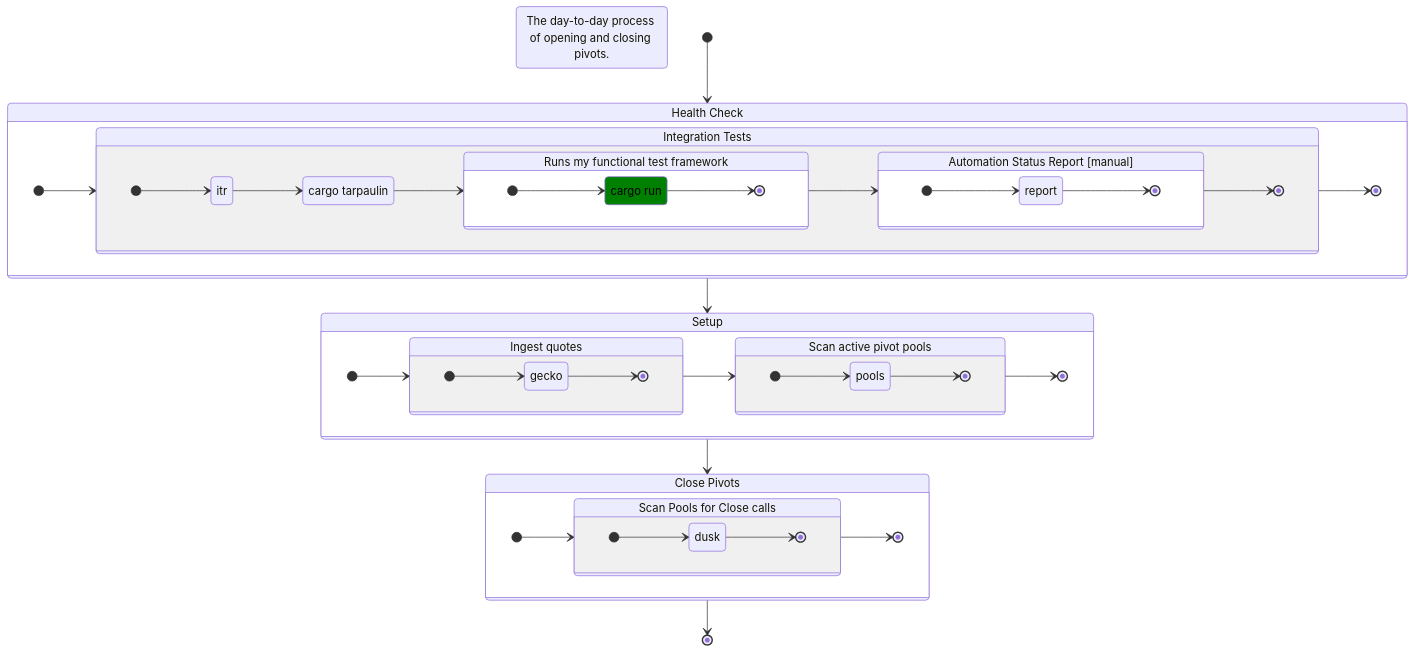
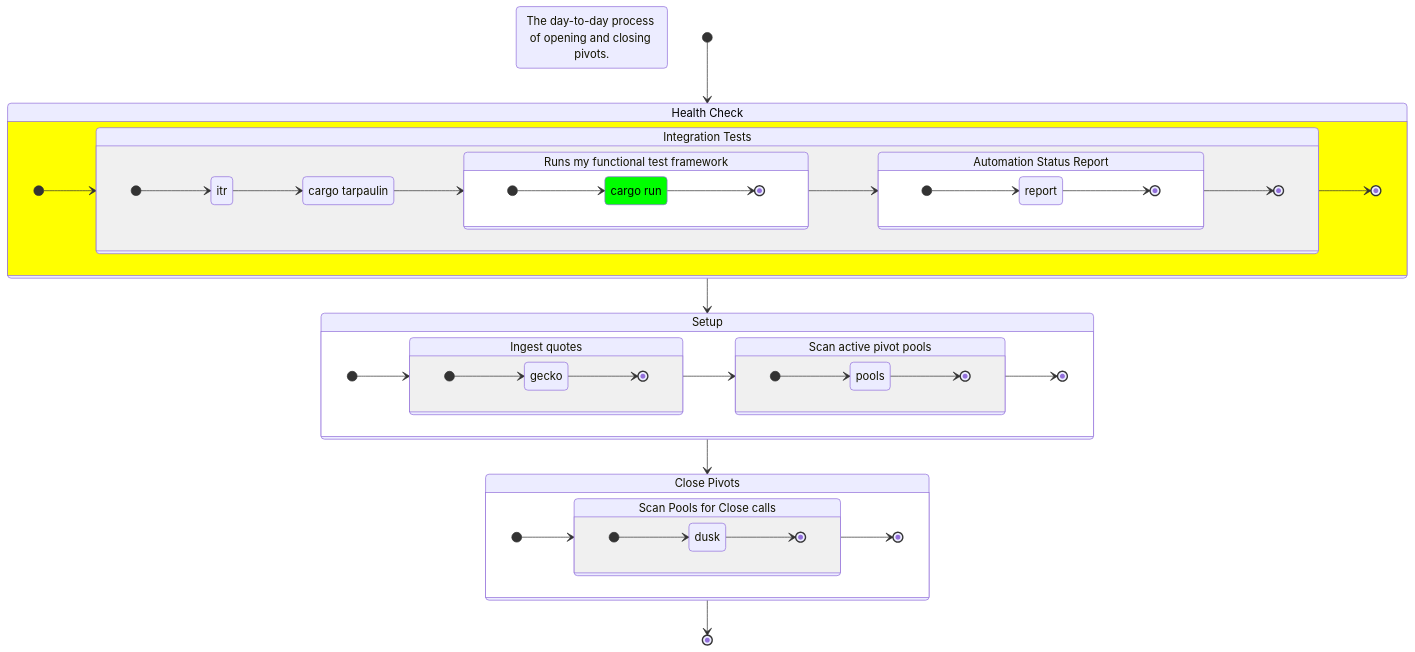
One commit to pivoteur/protocol changed the diagram in dapps/README.md. Above: the diagram before and after it, drawn with Mermaid.

Commit message:
trying 'lime' as a color; updated more state statii

```diff
--- a/dapps/README.md
+++ b/dapps/README.md
@@ -8,7 +8,7 @@
    accTitle: Protocol Pivot Arbitrage Workflow
    accDescription: The day-to-day process of opening and closing pivots.
 
-   classDef inUse fill:green,color:black
+   classDef inUse fill:lime,color:black
    classDef wip fill:yellow,color:black
    classDef manual fill:violet,color:white
    classDef notYet fill:black,color:white
@@ -21,6 +21,7 @@
    Setup --> Closes
    Closes --> [*]
 
+   class Tests wip
    Tests: Health Check
    state Tests {
       direction LR
@@ -30,6 +31,8 @@
       Integration: Integration Tests
       state Integration {
          direction LR
+
+         class Tarp inUse
          Tarp: cargo tarpaulin
          [*] --> itr
          itr --> Tarp
@@ -42,9 +45,11 @@
             [*] --> Run
             Run --> [*]
          }
-         Rep: Automation Status Report [manual]
+         Rep: Automation Status Report
          state Rep {
             direction LR
+
+            class report manual
             [*] --> report
             report --> [*]
          }
```
